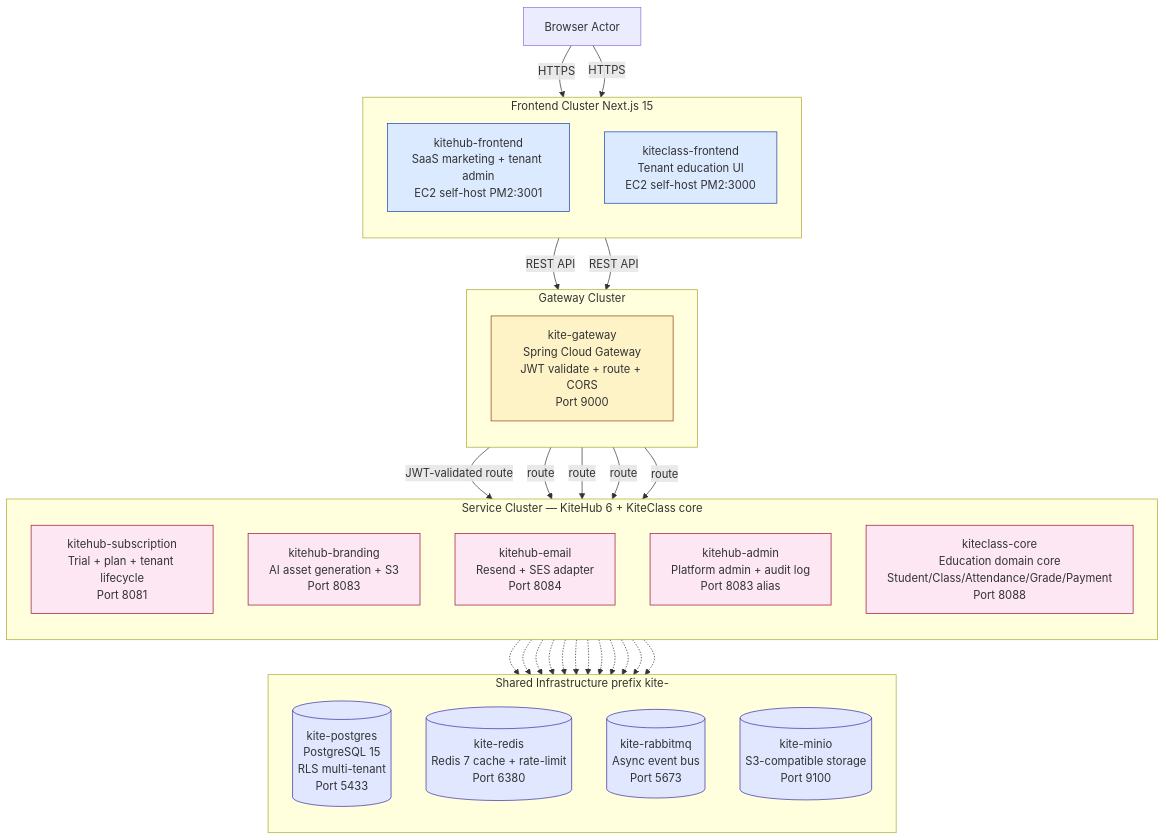
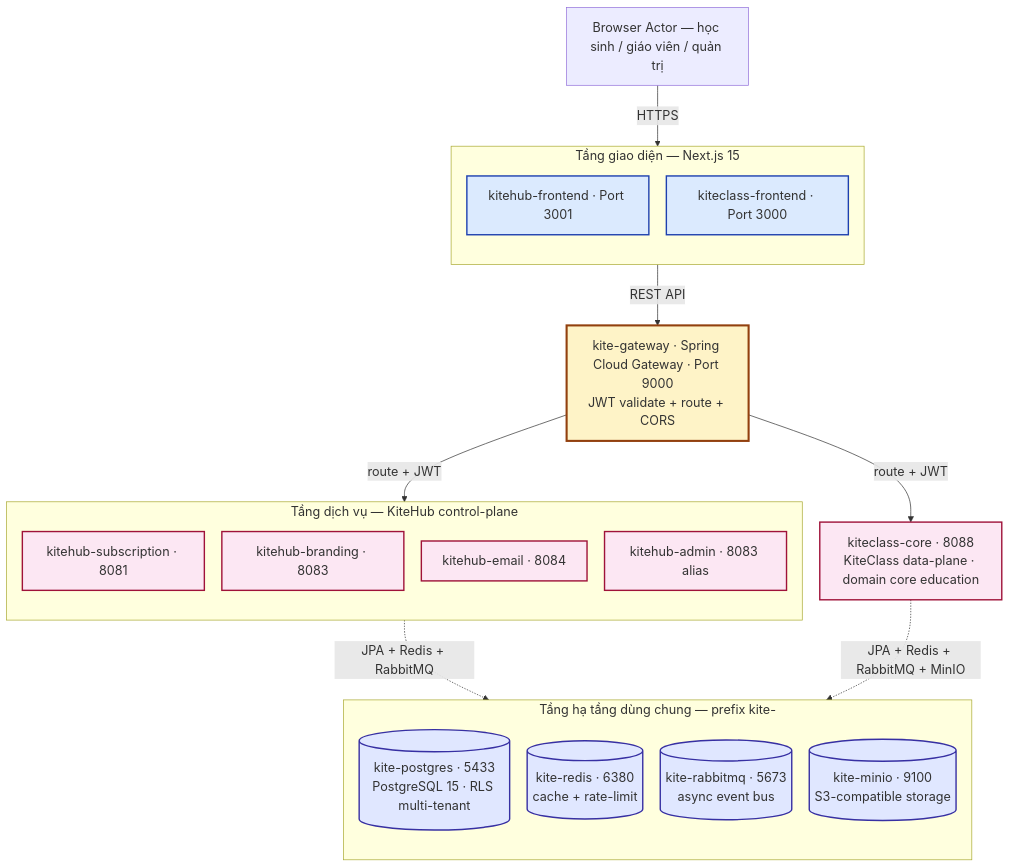
Before and after one commit to VictorAurelius/2026-Kite-Class-Platform: the second of 8 diagrams in documents/08-thesis/chapter-2-system-architecture.md, drawn with Mermaid. The commit also changed 1 other file, not shown here.

First paragraph of the commit message:
fix(thesis): Round 2.8 — Hình 2.2 vertical restructure (chữ to + luồng rõ)
User direction: 'có thể vẽ hình 2.2 dọc xuống nữa để chữ to hơn và luồng rõ hơn không?'

````diff
--- a/documents/08-thesis/chapter-2-system-architecture.md
+++ b/documents/08-thesis/chapter-2-system-architecture.md
@@ -251,64 +251,47 @@
 ```mermaid
+%%{init: {"flowchart": {"htmlLabels": true, "nodeSpacing": 25, "rankSpacing": 60}, "themeVariables": {"fontSize": "18px"}}}%%
 flowchart TB
-    User[Browser Actor]
+    User[Browser Actor — học sinh / giáo viên / quản trị]
 
-    subgraph FrontendCluster["Frontend Cluster Next.js 15"]
+    subgraph FrontendCluster["Tầng giao diện — Next.js 15"]
         direction TB
-        KHF[kitehub-frontend<br/>SaaS marketing + tenant admin<br/>EC2 self-host PM2:3001]
-        KCF[kiteclass-frontend<br/>Tenant education UI<br/>EC2 self-host PM2:3000]
+        KHF[kitehub-frontend · Port 3001]
+        KCF[kiteclass-frontend · Port 3000]
     end
 
-    subgraph GatewayCluster["Gateway Cluster"]
+    GW[kite-gateway · Spring Cloud Gateway · Port 9000<br/>JWT validate + route + CORS]
+
+    subgraph ServiceClusterTop["Tầng dịch vụ — KiteHub control-plane"]
         direction TB
-        GW[kite-gateway<br/>Spring Cloud Gateway<br/>JWT validate + route + CORS<br/>Port 9000]
+        KHS[kitehub-subscription · 8081]
+        KHB[kitehub-branding · 8083]
+        KHE[kitehub-email · 8084]
+        KHA[kitehub-admin · 8083 alias]
     end
 
-    subgraph ServiceCluster["Service Cluster — KiteHub 6 + KiteClass core"]
+    KCC[kiteclass-core · 8088<br/>KiteClass data-plane · domain core education]
+
+    subgraph InfraCluster["Tầng hạ tầng dùng chung — prefix kite-"]
         direction TB
-        KHS[kitehub-subscription<br/>Trial + plan + tenant lifecycle<br/>Port 8081]
-        KHB[kitehub-branding<br/>AI asset generation + S3<br/>Port 8083]
-        KHE[kitehub-email<br/>Resend + SES adapter<br/>Port 8084]
-        KHA[kitehub-admin<br/>Platform admin + audit log<br/>Port 8083 alias]
-        KCC[kiteclass-core<br/>Education domain core<br/>Student/Class/Attendance/Grade/Payment<br/>Port 8088]
+        PG[(kite-postgres · 5433<br/>PostgreSQL 15 · RLS multi-tenant)]
+        RD[(kite-redis · 6380<br/>cache + rate-limit)]
+        MQ[(kite-rabbitmq · 5673<br/>async event bus)]
+        MN[(kite-minio · 9100<br/>S3-compatible storage)]
     end
 
-    subgraph InfraCluster["Shared Infrastructure prefix kite-"]
-        direction TB
-        PG[(kite-postgres<br/>PostgreSQL 15<br/>RLS multi-tenant<br/>Port 5433)]
-        RD[(kite-redis<br/>Redis 7 cache + rate-limit<br/>Port 6380)]
-        MQ[(kite-rabbitmq<br/>Async event bus<br/>Port 5673)]
-        MN[(kite-minio<br/>S3-compatible storage<br/>Port 9100)]
-    end
+    User -->|HTTPS| FrontendCluster
+    FrontendCluster -->|REST API| GW
+    GW -->|route + JWT| ServiceClusterTop
+    GW -->|route + JWT| KCC
+    ServiceClusterTop -.->|JPA + Redis + RabbitMQ| InfraCluster
+    KCC -.->|JPA + Redis + RabbitMQ + MinIO| InfraCluster
 
-    User -->|HTTPS| KHF
-    User -->|HTTPS| KCF
-    KHF -->|REST API| GW
-    KCF -->|REST API| GW
-    GW -->|JWT-validated route| KHS
-    GW -->|route| KHB
-    GW -->|route| KHE
-    GW -->|route| KHA
-    GW -->|route| KCC
-
-    KHS -.-> PG
-    KHS -.-> RD
-    KHS -.-> MQ
-    KHB -.-> PG
-    KHB -.-> MN
-    KHB -.-> MQ
-    KHE -.-> MQ
-    KHA -.-> PG
-    KCC -.-> PG
-    KCC -.-> RD
-    KCC -.-> MQ
-    KCC -.-> MN
-
-    classDef frontend fill:#dbeafe,stroke:#1e40af
-    classDef gateway fill:#fef3c7,stroke:#92400e
-    classDef service fill:#fce7f3,stroke:#9f1239
-    classDef infra fill:#e0e7ff,stroke:#3730a3
+    classDef frontend fill:#dbeafe,stroke:#1e40af,stroke-width:2px
+    classDef gateway fill:#fef3c7,stroke:#92400e,stroke-width:3px
+    classDef service fill:#fce7f3,stroke:#9f1239,stroke-width:2px
+    classDef infra fill:#e0e7ff,stroke:#3730a3,stroke-width:2px
     class KHF,KCF frontend
     class GW gateway
     class KHS,KHB,KHE,KHA,KCC service
     class PG,RD,MQ,MN infra
 ```
````
